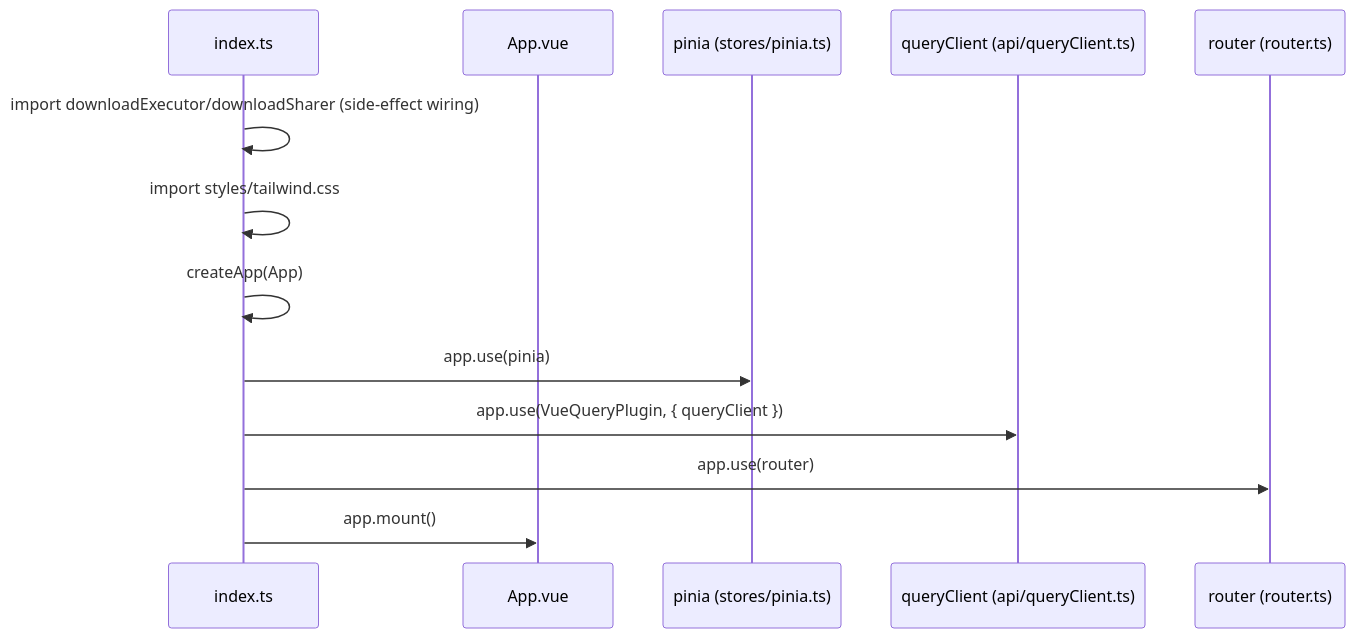
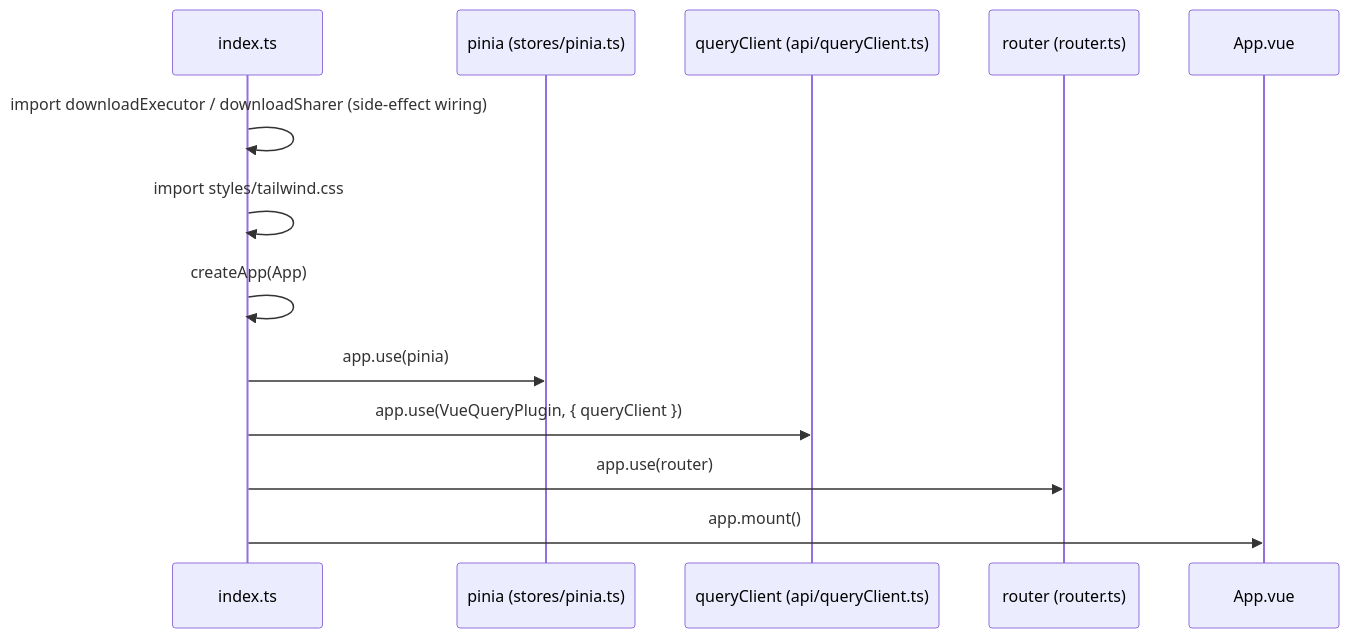
The second of 2 diagrams in openwiki/architecture/overview.md (a1121611810/Pictelio), drawn with Mermaid before and after one commit. The commit also changed other lines of this file and 25 other files, not shown here.

````diff
--- a/openwiki/architecture/overview.md
+++ b/openwiki/architecture/overview.md
@@ -46,16 +126,16 @@
 ```mermaid
 sequenceDiagram
     participant I as index.ts
-    participant A as App.vue
     participant P as pinia (stores/pinia.ts)
     participant Q as queryClient (api/queryClient.ts)
     participant R as router (router.ts)
+    participant A as App.vue
 
-    I->>I: import downloadExecutor/downloadSharer (side-effect wiring)
+    I->>I: import downloadExecutor / downloadSharer (side-effect wiring)
     I->>I: import styles/tailwind.css
     I->>I: createApp(App)
     I->>P: app.use(pinia)
     I->>Q: app.use(VueQueryPlugin, { queryClient })
     I->>R: app.use(router)
     I->>A: app.mount()
 ```
````
